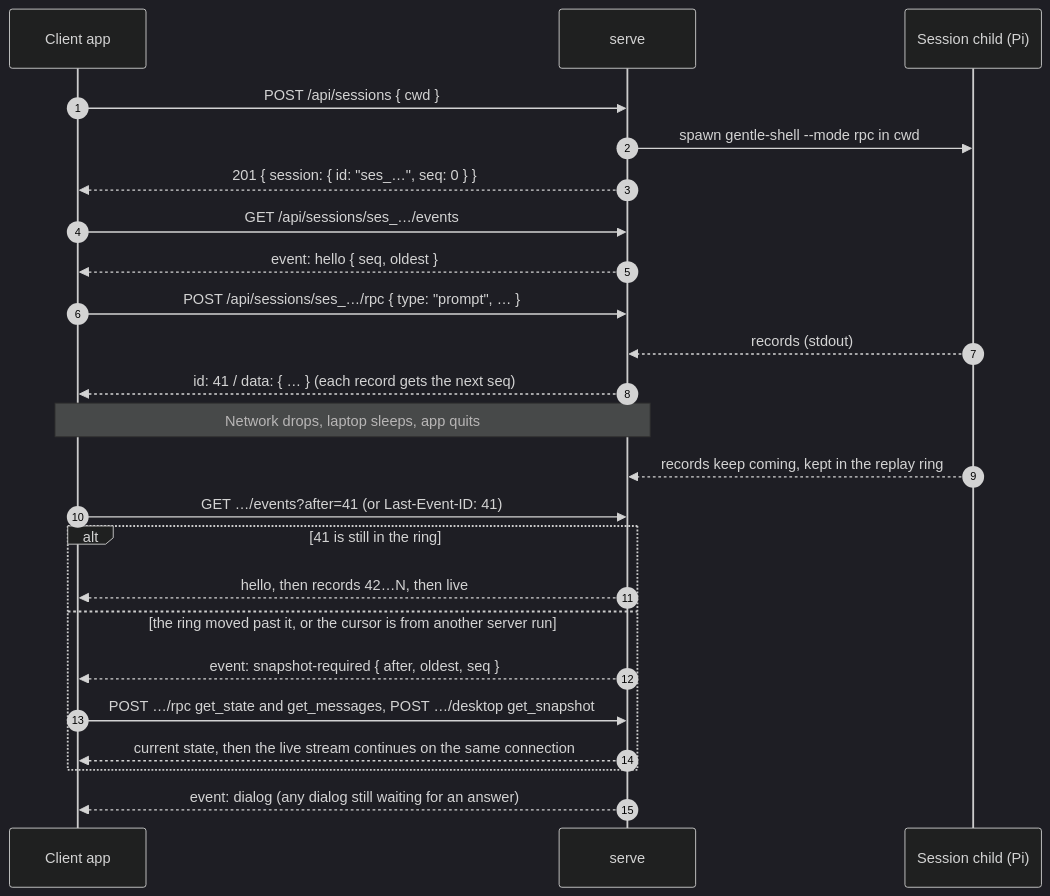
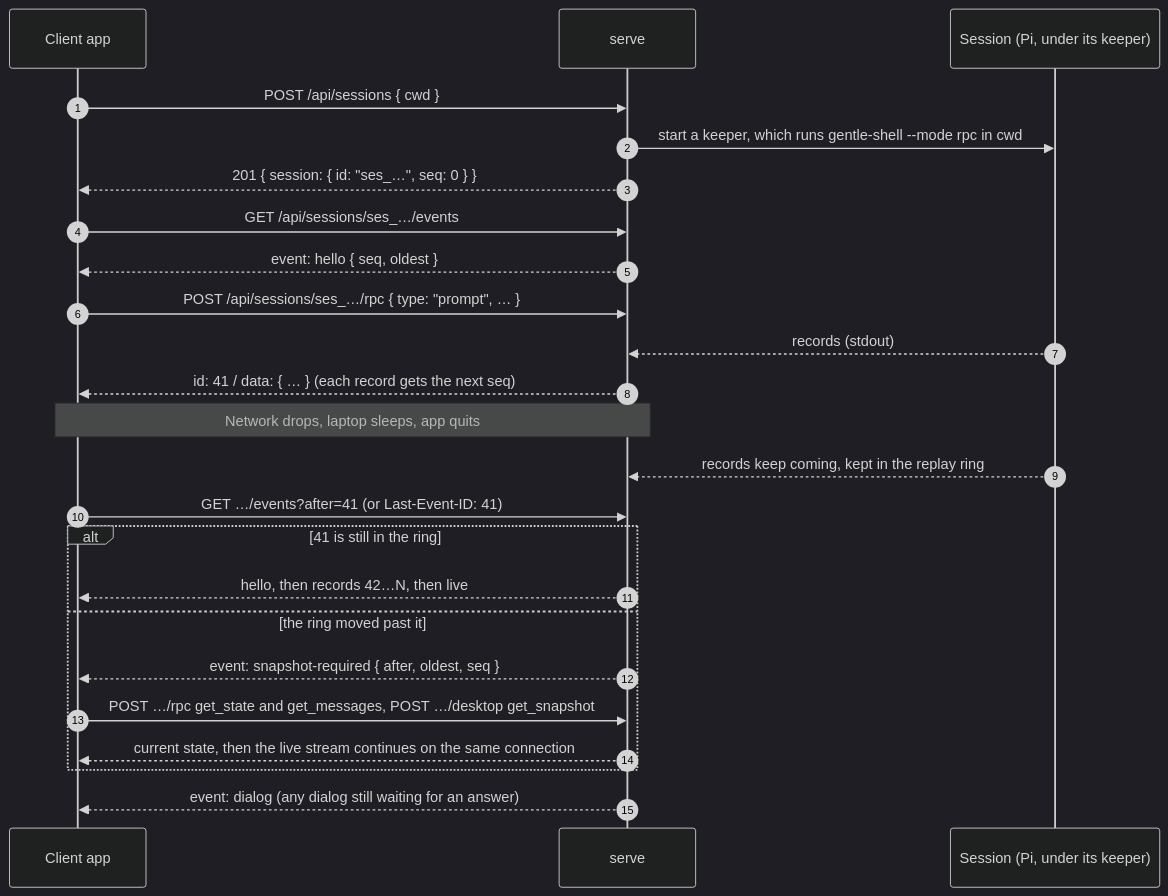
Before and after one commit to Gentleman-Programming/gentle-shell: the third of 6 diagrams in docs/remote.md, drawn with Mermaid (dark theme). The commit also changed other lines of this file and 40 other files, not shown here.

First line of the commit message:
feat(serve): session keeper, TLS with a pairing proof, and a relay

````diff
--- a/docs/remote.md
+++ b/docs/remote.md
@@ -100,26 +103,26 @@
 ```mermaid
 sequenceDiagram
     autonumber
     participant App as Client app
     participant S as serve
-    participant P as Session child (Pi)
+    participant P as Session (Pi, under its keeper)
     App->>S: POST /api/sessions { cwd }
-    S->>P: spawn gentle-shell --mode rpc in cwd
+    S->>P: start a keeper, which runs gentle-shell --mode rpc in cwd
     S-->>App: 201 { session: { id: "ses_…", seq: 0 } }
     App->>S: GET /api/sessions/ses_…/events
     S-->>App: event: hello { seq, oldest }
     App->>S: POST /api/sessions/ses_…/rpc { type: "prompt", … }
     P-->>S: records (stdout)
     S-->>App: id: 41 / data: { … }  (each record gets the next seq)
     Note over App,S: Network drops, laptop sleeps, app quits
     P-->>S: records keep coming, kept in the replay ring
     App->>S: GET …/events?after=41 (or Last-Event-ID: 41)
     alt 41 is still in the ring
         S-->>App: hello, then records 42…N, then live
-    else the ring moved past it, or the cursor is from another server run
+    else the ring moved past it
         S-->>App: event: snapshot-required { after, oldest, seq }
         App->>S: POST …/rpc get_state and get_messages, POST …/desktop get_snapshot
         S-->>App: current state, then the live stream continues on the same connection
     end
     S-->>App: event: dialog (any dialog still waiting for an answer)
 ```
````
